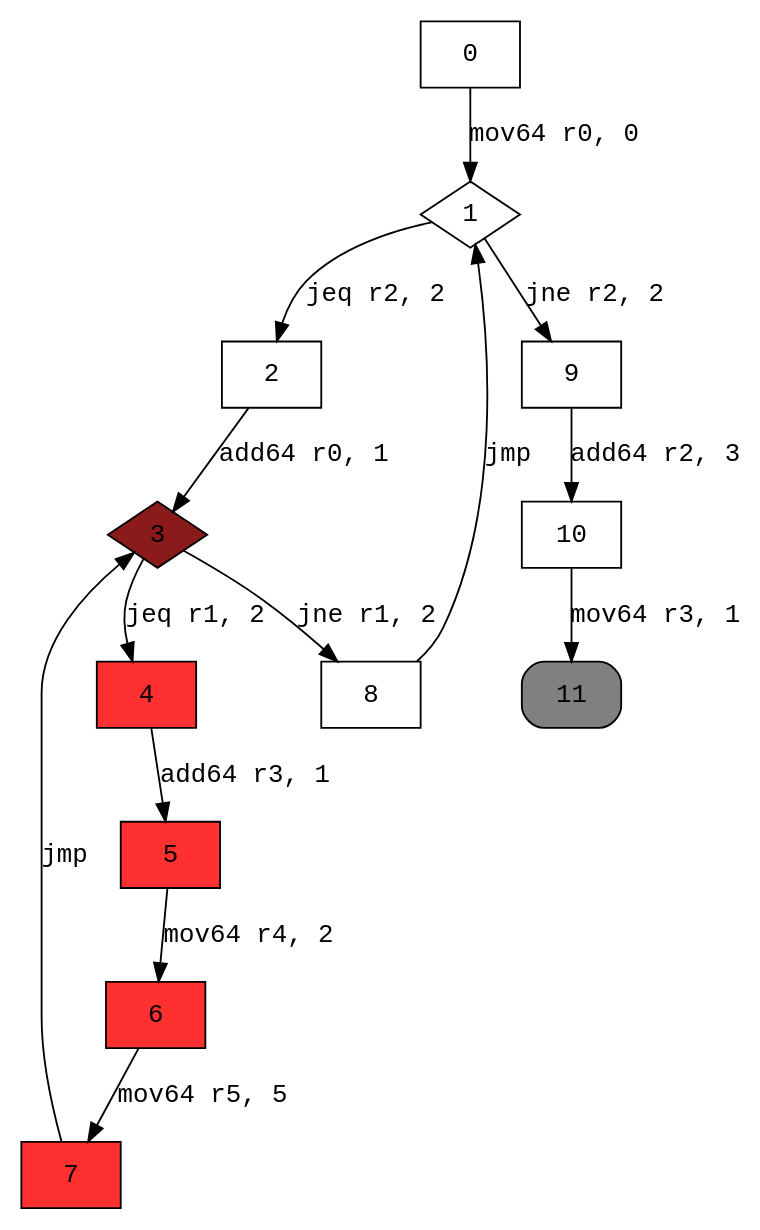
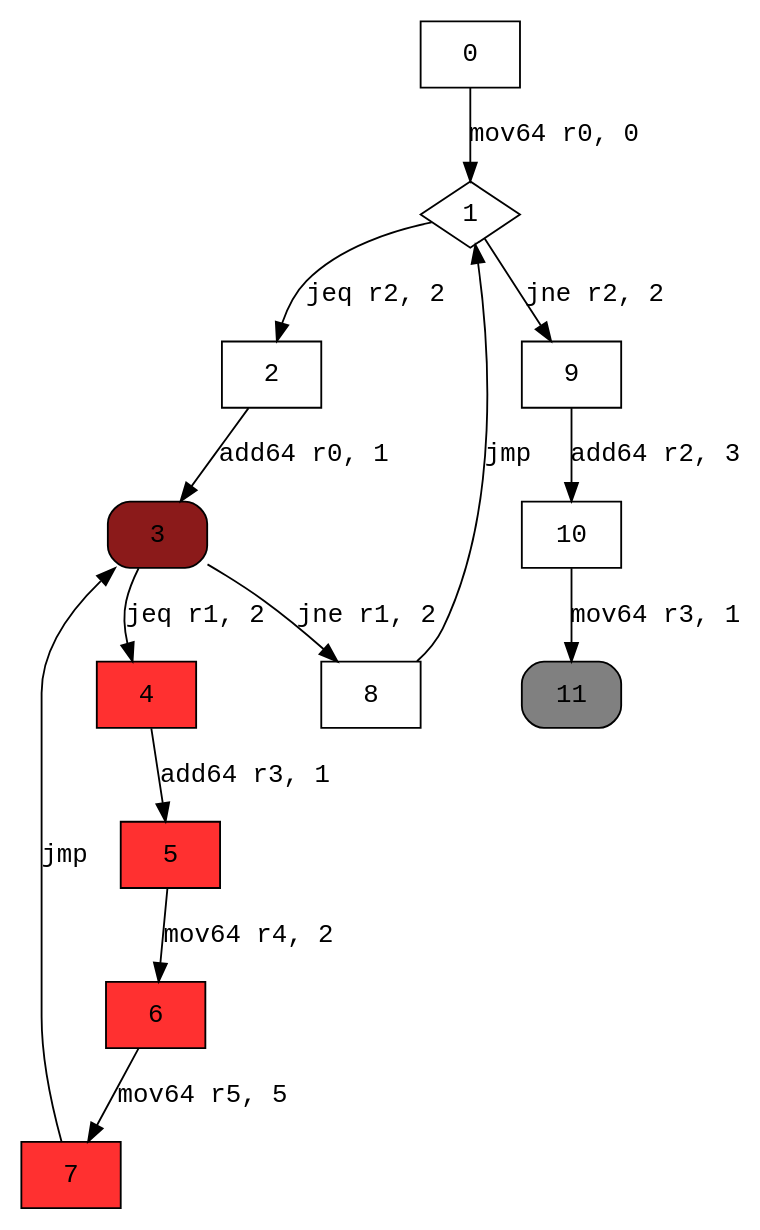
Before and after one commit to XicoCorreia/InformationFlowAnalysisEbpf: the diagram in graphs/nestedWhiles.dot, drawn with Graphviz. The commit also changed 16 other files, not shown here.

Commit message:
Fix dot file graph

```diff
--- a/graphs/nestedWhiles.dot
+++ b/graphs/nestedWhiles.dot
@@ -1,25 +1,25 @@
 digraph cfg { 
 node [fontname="monospace"];
 node [shape=box];
 edge [fontname="monospace"];
   0 -> 1 [label="mov64 r0, 0"];
   1 -> 2 [label="jeq r2, 2"];
   1 -> 9 [label="jne r2, 2"];
   2 -> 3 [label="add64 r0, 1"];
   3 -> 4 [label="jeq r1, 2"];
   3 -> 8 [label="jne r1, 2"];
   4 -> 5 [label="add64 r3, 1"];
   5 -> 6 [label="mov64 r4, 2"];
   6 -> 7 [label="mov64 r5, 5"];
   7 -> 3 [label="jmp"];
   8 -> 1 [label="jmp"];
   9 -> 10 [label="add64 r2, 3"];
   10 -> 11 [label="mov64 r3, 1"];
 1 [shape=diamond];
-3 [shape=diamond,style=filled,fillcolor=firebrick4];
+3 [style="rounded,filled",fillcolor=firebrick4];
 4 [style=filled,fillcolor=firebrick1];
 5 [style=filled,fillcolor=firebrick1];
 6 [style=filled,fillcolor=firebrick1];
 7 [style=filled,fillcolor=firebrick1];
 11 [style="rounded,filled",fillcolor=grey];
 }
```
